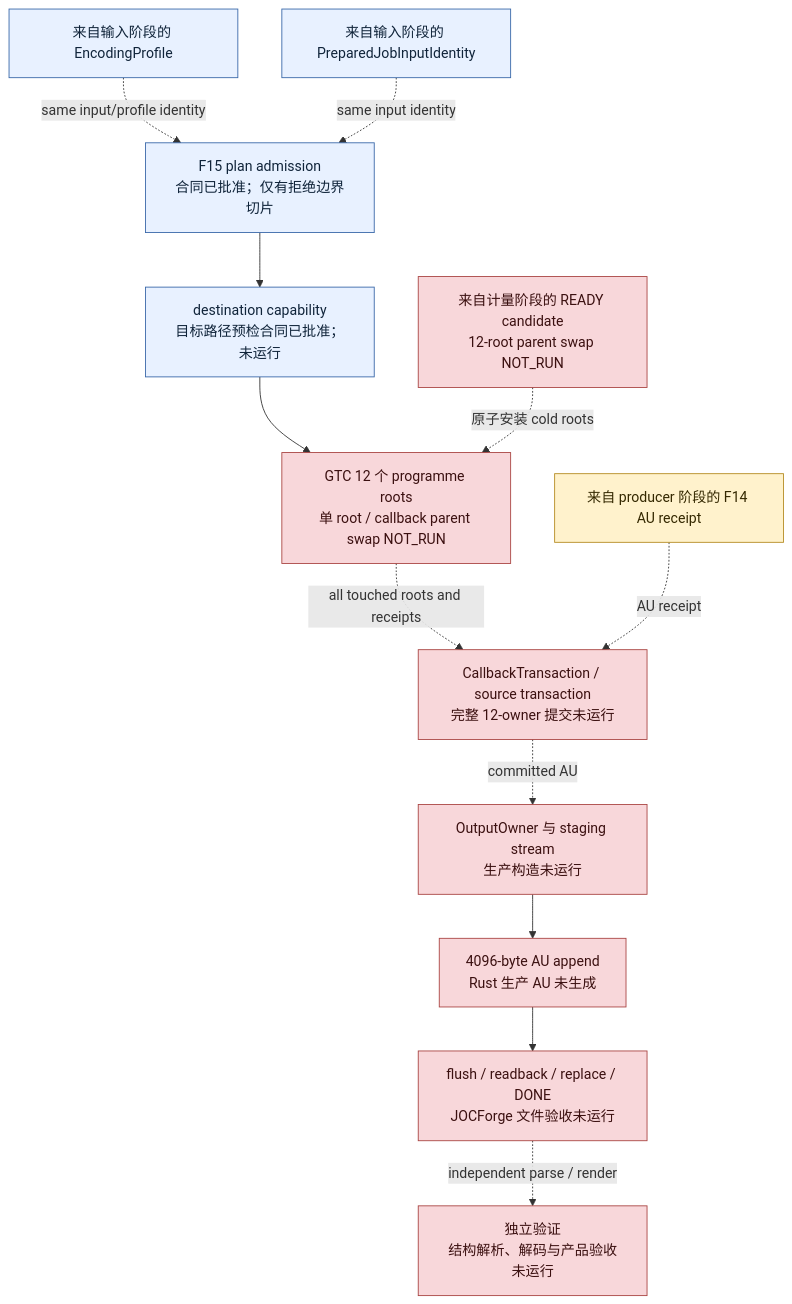
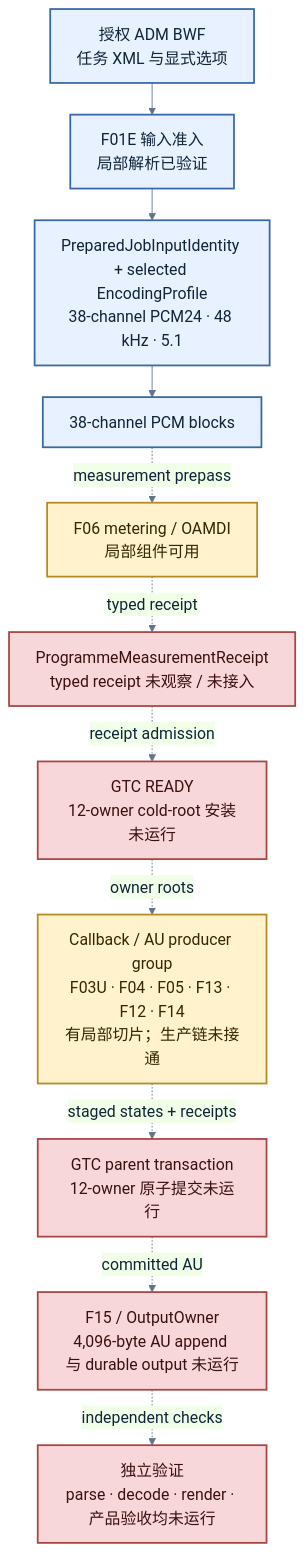
The diagram in docs/architecture/adm-to-eac3joc-chain-status.md (chyinan/JOCForge), drawn with Mermaid before and after one commit. The commit also changed other lines of this file and 56 other files, not shown here.

````diff
--- a/docs/architecture/adm-to-eac3joc-chain-status.md
+++ b/docs/architecture/adm-to-eac3joc-chain-status.md
@@ -95,31 +17,31 @@
 ```mermaid
+%%{init: {"theme": "base", "themeVariables": {"fontFamily": "Segoe UI, Microsoft YaHei, sans-serif", "fontSize": "18px", "primaryColor": "#e8f1ff", "primaryTextColor": "#10243a", "lineColor": "#60758a"}, "flowchart": {"nodeSpacing": 28, "rankSpacing": 36, "htmlLabels": true}}}%%
 flowchart TB
-  PROFILE[来自输入阶段的 EncodingProfile]
-  PREP[来自输入阶段的 PreparedJobInputIdentity]
-  PLAN[F15 plan admission<br/>合同已批准；仅有拒绝边界切片]
-  DEST[destination capability<br/>目标路径预检合同已批准；未运行]
-  READY[来自计量阶段的 READY candidate<br/>12-root parent swap NOT_RUN]
-  ROOTS[GTC 12 个 programme roots<br/>单 root / callback parent swap NOT_RUN]
-  F14[来自 producer 阶段的 F14 AU receipt]
-  TXN[CallbackTransaction / source transaction<br/>完整 12-owner 提交未运行]
-  OWNER[OutputOwner 与 staging stream<br/>生产构造未运行]
-  APPEND[4096-byte AU append<br/>Rust 生产 AU 未生成]
-  DURABLE[flush / readback / replace / DONE<br/>JOCForge 文件验收未运行]
-  VALIDATE[独立验证<br/>结构解析、解码与产品验收未运行]
+  INPUT["授权 ADM BWF<br/>任务 XML 与显式选项"]
+  ADMIT["F01E 输入准入<br/>局部解析已验证"]
+  PROFILE["PreparedJobInputIdentity + selected EncodingProfile<br/>38-channel PCM24 · 48 kHz · 5.1"]
+  PCM["38-channel PCM blocks"]
+  METER["F06 metering / OAMDI<br/>局部组件可用"]
+  MEASUREMENT["ProgrammeMeasurementReceipt<br/>typed receipt 未观察 / 未接入"]
+  READY["GTC READY<br/>12-owner cold-root 安装未运行"]
+  PRODUCERS["Callback / AU producer group<br/>F03U · F04 · F05 · F13 · F12 · F14<br/>有局部切片；生产链未接通"]
+  TRANSACTION["GTC parent transaction<br/>12-owner 原子提交未运行"]
+  OUTPUT["F15 / OutputOwner<br/>4,096-byte AU append 与 durable output 未运行"]
+  VALIDATE["独立验证<br/>parse · decode · render · 产品验收均未运行"]
 
-  PROFILE -. same input/profile identity .-> PLAN
-  PREP -. same input identity .-> PLAN
-  PLAN --> DEST --> ROOTS
-  READY -. 原子安装 cold roots .-> ROOTS
-  ROOTS -. all touched roots and receipts .-> TXN
-  F14 -. AU receipt .-> TXN
-  TXN -. committed AU .-> OWNER
-  OWNER --> APPEND --> DURABLE -. independent parse / render .-> VALIDATE
+  INPUT --> ADMIT --> PROFILE --> PCM
+  PCM -. "measurement prepass" .-> METER
+  METER -. "typed receipt" .-> MEASUREMENT
+  MEASUREMENT -. "receipt admission" .-> READY
+  READY -. "owner roots" .-> PRODUCERS
+  PRODUCERS -. "staged states + receipts" .-> TRANSACTION
+  TRANSACTION -. "committed AU" .-> OUTPUT
+  OUTPUT -. "independent checks" .-> VALIDATE
 
-  classDef contract fill:#e8f1ff,stroke:#3867a8,color:#10243a;
-  classDef partial fill:#fff2cc,stroke:#b58b21,color:#342800;
-  classDef missing fill:#f8d7da,stroke:#a94442,color:#3b1010;
-  class PROFILE,PREP,PLAN,DEST contract;
-  class F14 partial;
-  class READY,ROOTS,TXN,OWNER,APPEND,DURABLE,VALIDATE missing;
+  classDef contract fill:#e8f1ff,stroke:#3867a8,color:#10243a,stroke-width:2px;
+  classDef partial fill:#fff2cc,stroke:#b58b21,color:#342800,stroke-width:2px;
+  classDef missing fill:#f8d7da,stroke:#a94442,color:#3b1010,stroke-width:2px;
+  class INPUT,ADMIT,PROFILE,PCM contract;
+  class METER,PRODUCERS partial;
+  class MEASUREMENT,READY,TRANSACTION,OUTPUT,VALIDATE missing;
 ```
````
